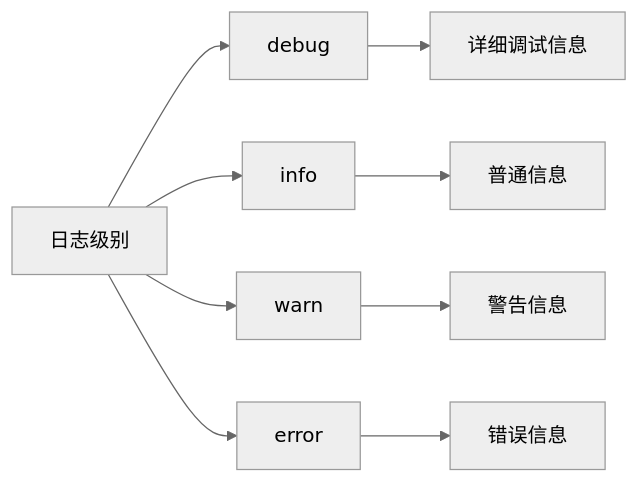
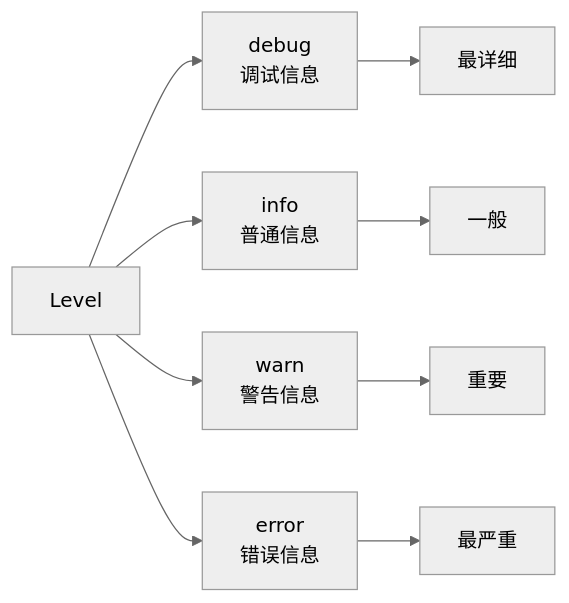
Before and after one commit to LerkoX/flowx: the third of 7 diagrams in logger/FLOWS.md, drawn with Mermaid (neutral theme). The commit also changed other lines of this file and 6 other files, not shown here.

First line of the commit message:
docs: enhance module flow diagrams with detailed implementation flows

````diff
--- a/logger/FLOWS.md
+++ b/logger/FLOWS.md
@@ -27,12 +28,12 @@
 ```mermaid
 flowchart LR
-    A[日志级别] --> B[debug]
-    A --> C[info]
-    A --> D[warn]
-    A --> E[error]
+    A[Level] --> B[debug<br/>调试信息]
+    A --> C[info<br/>普通信息]
+    A --> D[warn<br/>警告信息]
+    A --> E[error<br/>错误信息]
 
-    B --> F[详细调试信息]
-    C --> G[普通信息]
-    D --> H[警告信息]
-    E --> I[错误信息]
+    B --> F[最详细]
+    C --> G[一般]
+    D --> H[重要]
+    E --> I[最严重]
 ```
````
